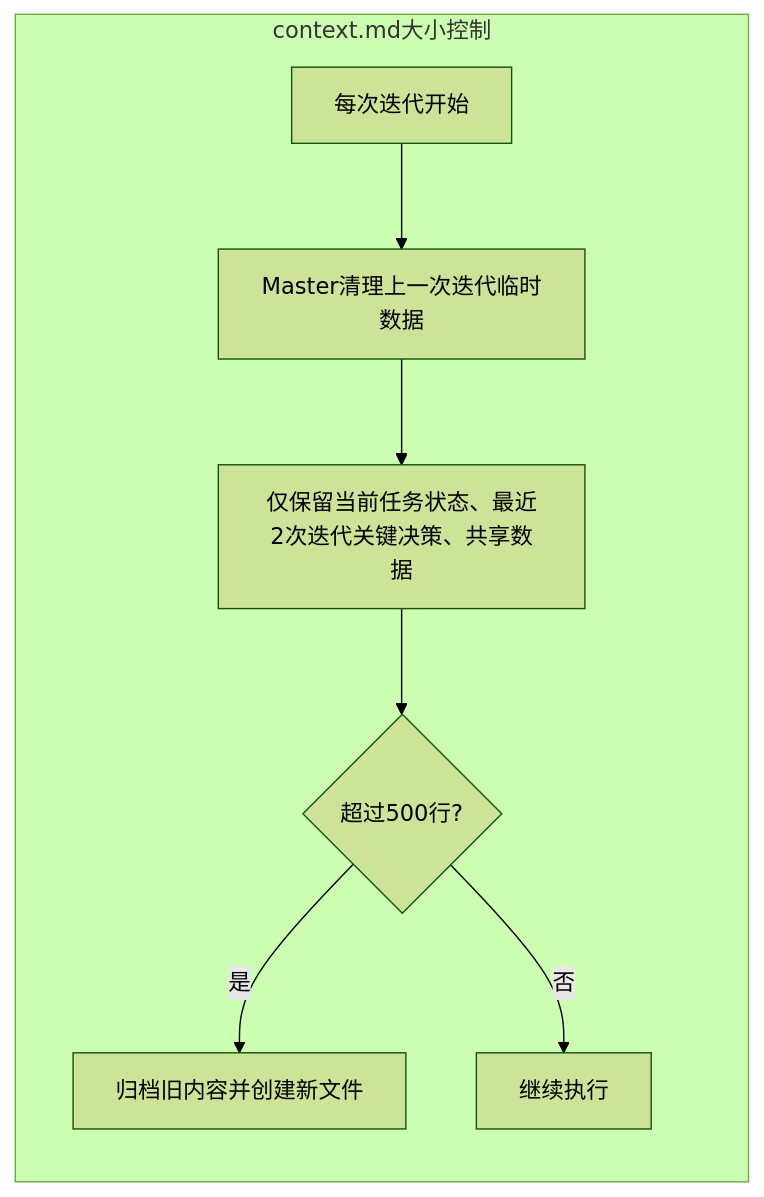
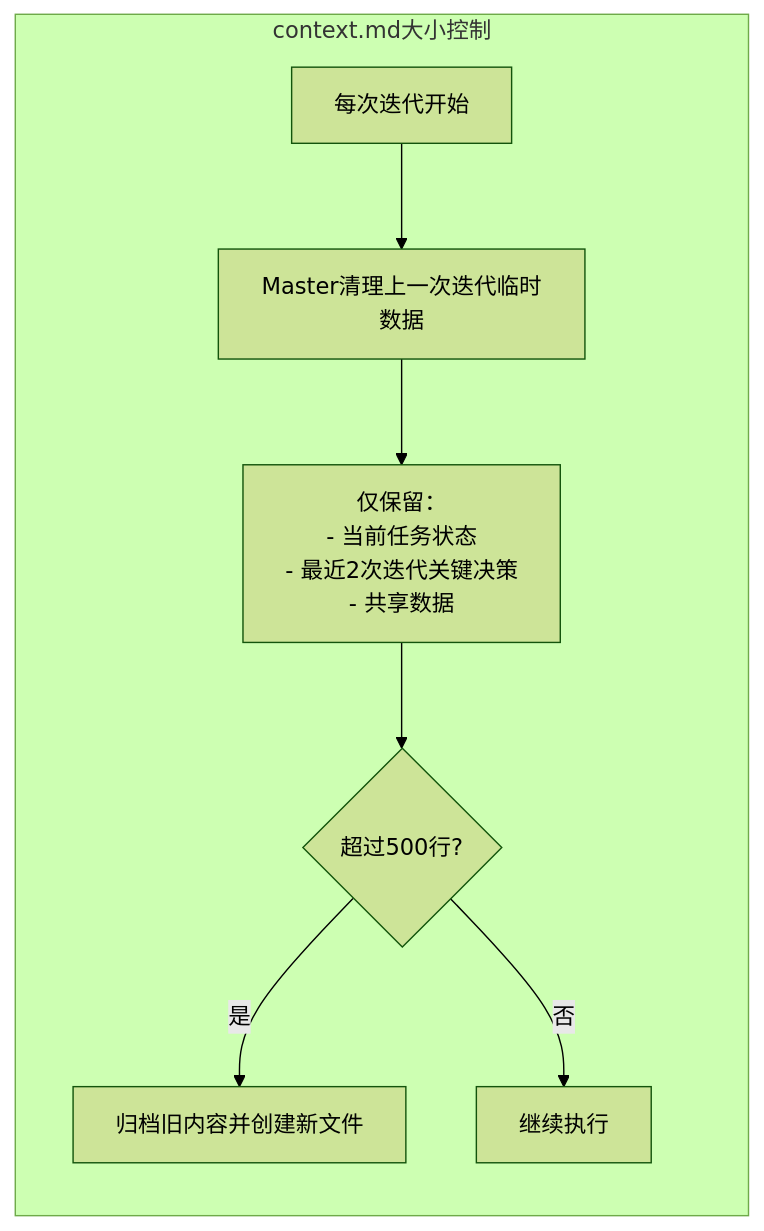
One commit to Halo94361/opencode_workflow_sync changed the fifth of 10 diagrams in docs/multi-agent-workflow-diagram.md. Above: the diagram before and after it, drawn with Mermaid (forest theme). The commit also changed other lines of this file and 12 other files, not shown here.

First line of the commit message:
docs: 更新SKILL.md术语表和工作流程图

````diff
--- a/docs/multi-agent-workflow-diagram.md
+++ b/docs/multi-agent-workflow-diagram.md
@@ -121,11 +160,11 @@
 ```mermaid
 flowchart LR
     subgraph SizeControl[context.md大小控制]
         direction TB
         START[每次迭代开始] --> CLEAN[Master清理上一次迭代临时数据]
-        CLEAN --> KEEP[仅保留当前任务状态、最近2次迭代关键决策、共享数据]
+        CLEAN --> KEEP[仅保留：<br/>- 当前任务状态<br/>- 最近2次迭代关键决策<br/>- 共享数据]
         KEEP --> CHECK_SIZE{超过500行?}
         CHECK_SIZE -->|是| ARCHIVE[归档旧内容并创建新文件]
         CHECK_SIZE -->|否| CONTINUE[继续执行]
     end
 ```
````
